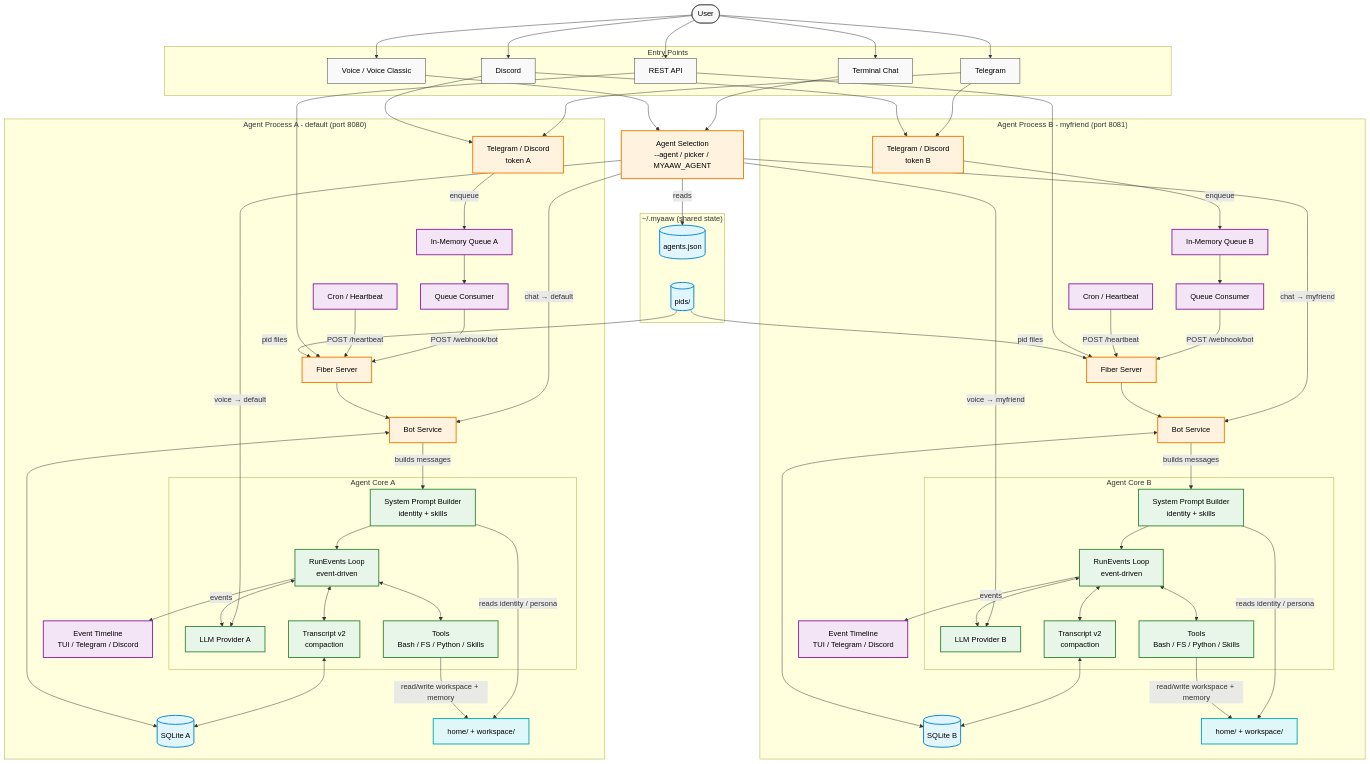
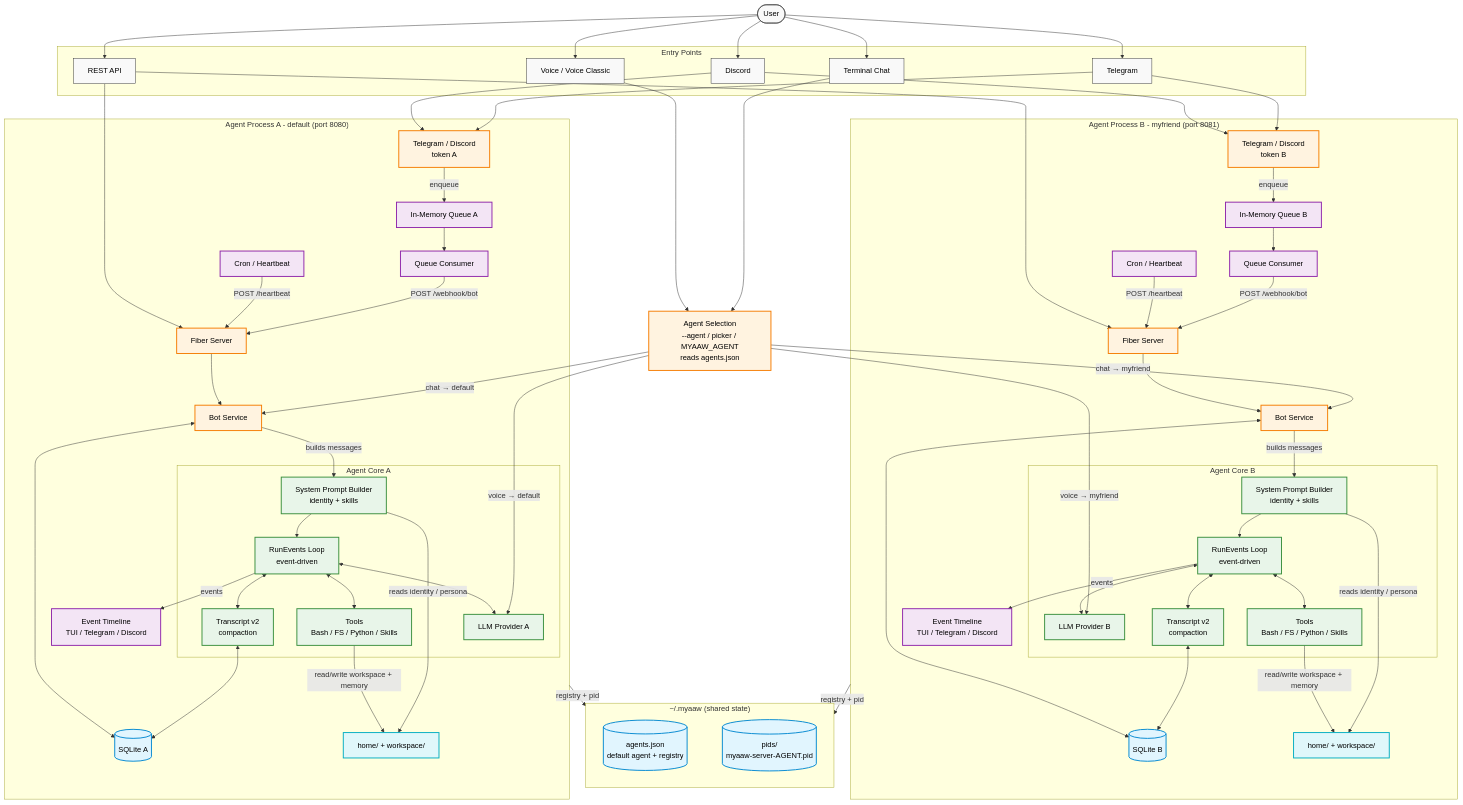
Before and after one commit to Shiyinq/myaaw: the diagram in README.md, drawn with Mermaid.

Commit message:
docs: draw processes to shared state in architecture diagram

```diff
--- a/README.md
+++ b/README.md
@@ -78,12 +78,12 @@
     User --> API
 
     subgraph SHARED["~/.myaaw (shared state)"]
-        REG[(agents.json)]
-        PIDS[(pids/)]
+        REG[(agents.json<br/>default agent + registry)]
+        PIDS[(pids/<br/>myaaw-server-AGENT.pid)]
         REG ~~~ PIDS
     end
 
-    SEL[Agent Selection<br/>--agent / picker / MYAAW_AGENT]
+    SEL[Agent Selection<br/>--agent / picker / MYAAW_AGENT<br/>reads agents.json]
     CLI --> SEL
     Voice --> SEL
     SEL -- "chat → default" --> BOT_A
@@ -91,7 +91,7 @@
     SEL -- "voice → default" --> PROV_A
     SEL -- "voice → myfriend" --> PROV_B
 
-    subgraph "Agent Process A - default (port 8080)"
+    subgraph PROC_A["Agent Process A - default (port 8080)"]
         CH_A[Telegram / Discord<br/>token A]
         SRV_A[Fiber Server]
         BOT_A[Bot Service]
@@ -127,7 +127,7 @@
         LOOP_A -- "events" --> UI_A
     end
 
-    subgraph "Agent Process B - myfriend (port 8081)"
+    subgraph PROC_B["Agent Process B - myfriend (port 8081)"]
         CH_B[Telegram / Discord<br/>token B]
         SRV_B[Fiber Server]
         BOT_B[Bot Service]
@@ -170,13 +170,9 @@
     API --> SRV_A
     API --> SRV_B
 
-    %% Keep the shared state between the two agent processes.
-    CH_A ~~~ REG
-    CH_B ~~~ REG
-
-    SEL -- "reads" --> REG
-    PIDS -- "pid files" --> SRV_A
-    PIDS -- "pid files" --> SRV_B
+    %% Each process resolves the registry and exposes its PID file here.
+    PROC_A -- "registry + pid" --> SHARED
+    PROC_B -- "registry + pid" --> SHARED
 
     %% Styling
     classDef default fill:#f9f9f9,stroke:#333,stroke-width:1px,color:#000;
```
